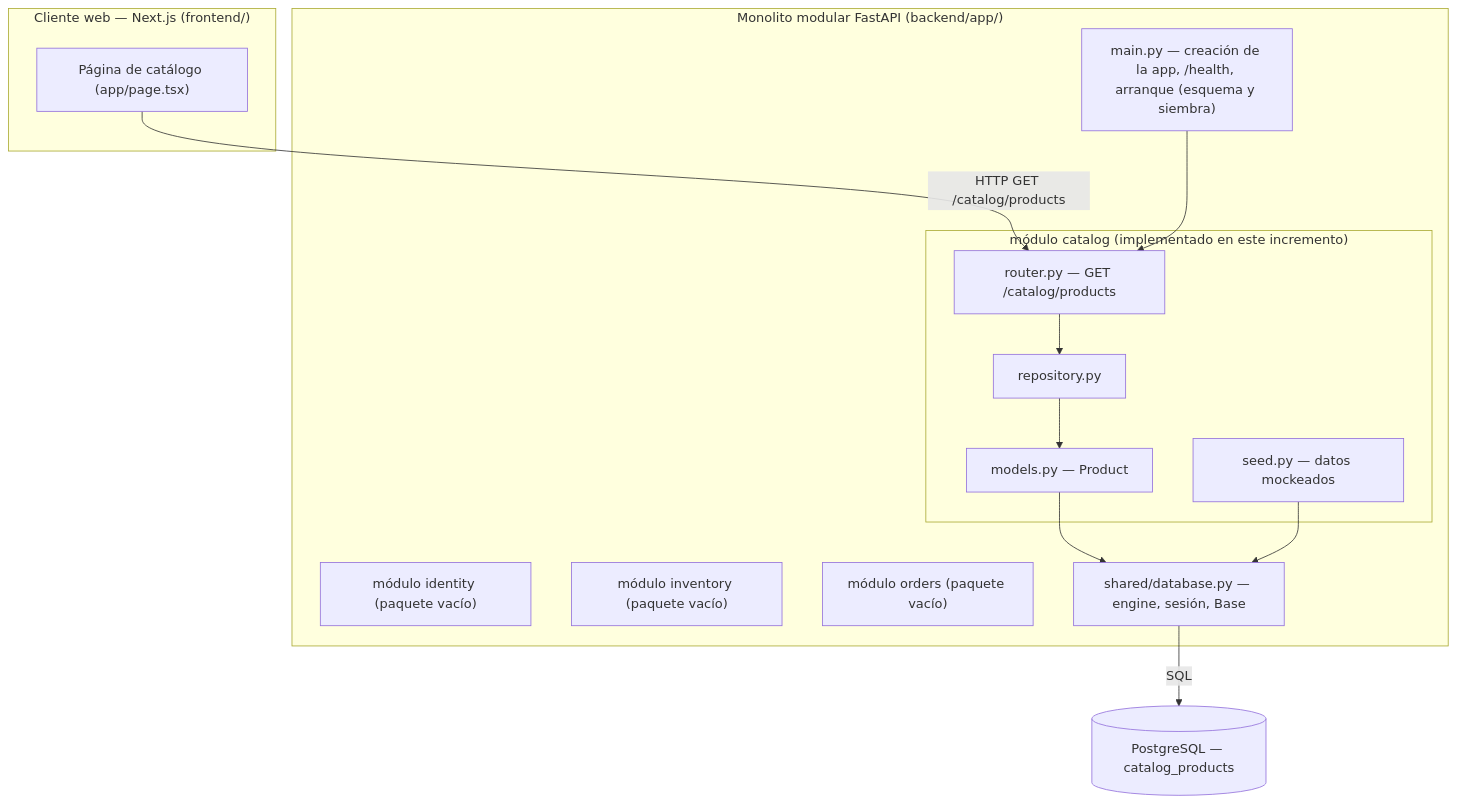
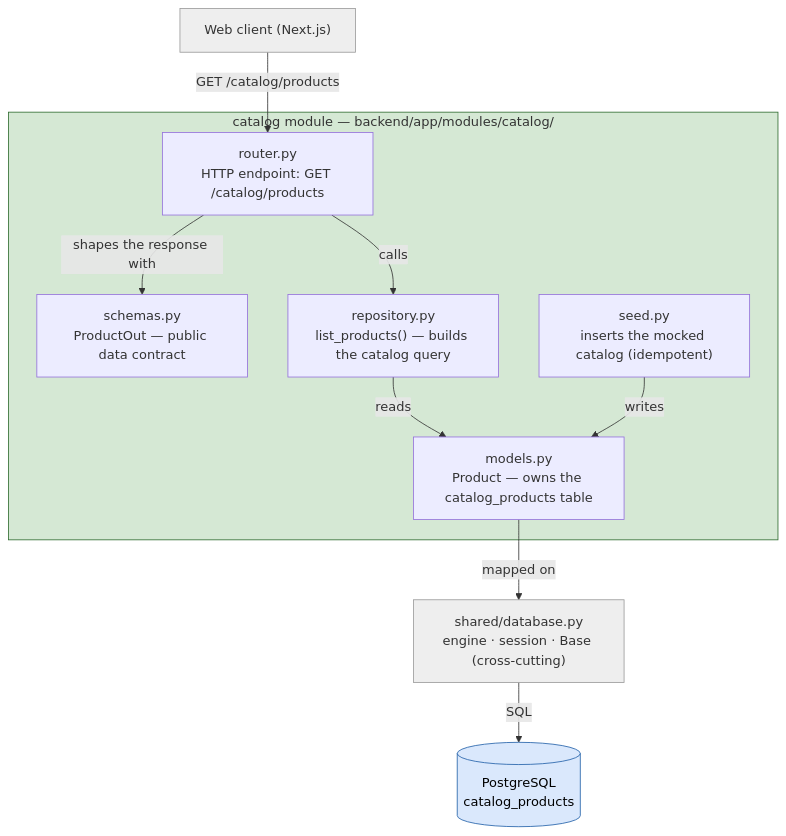
One commit to ISCOUTB/AS_202620_TIENDA-VIRTUAL-UTB changed the third of 6 diagrams in docs/arc42/arc42-template-EN.md. Above: the diagram before and after it, drawn with Mermaid. The commit also changed other lines of this file and 6 other files, not shown here.

````diff
--- a/docs/arc42/arc42-template-EN.md
+++ b/docs/arc42/arc42-template-EN.md
@@ -171,27 +271,26 @@
 ```mermaid
 flowchart TB
-    subgraph ClienteWeb["Cliente web — Next.js (frontend/)"]
-        Pagina["Página de catálogo (app/page.tsx)"]
+    web["Web client (Next.js)"]:::ext
+    db[("PostgreSQL<br/>catalog_products")]:::data
+
+    subgraph catalog["catalog module — backend/app/modules/catalog/"]
+        router["router.py<br/>HTTP endpoint: GET /catalog/products"]
+        schemas["schemas.py<br/>ProductOut — public data contract"]
+        repo["repository.py<br/>list_products() — builds the catalog query"]
+        model["models.py<br/>Product — owns the catalog_products table"]
+        seed["seed.py<br/>inserts the mocked catalog (idempotent)"]
     end
-    subgraph API["Monolito modular FastAPI (backend/app/)"]
-        Main["main.py — creación de la app, /health, arranque (esquema y siembra)"]
-        subgraph Catalogo["módulo catalog (implementado en este incremento)"]
-            CRouter["router.py — GET /catalog/products"]
-            CRepo["repository.py"]
-            CModel["models.py — Product"]
-            CSeed["seed.py — datos mockeados"]
-        end
-        Identidad["módulo identity (paquete vacío)"]
-        Inventario["módulo inventory (paquete vacío)"]
-        Pedidos["módulo orders (paquete vacío)"]
-        Shared["shared/database.py — engine, sesión, Base"]
-    end
-    DB[("PostgreSQL — catalog_products")]
+    shared["shared/database.py<br/>engine · session · Base (cross-cutting)"]:::ext
 
-    Pagina -->|"HTTP GET /catalog/products"| CRouter
-    Main --> CRouter
-    CRouter --> CRepo --> CModel
-    CModel --> Shared
-    CSeed --> Shared
-    Shared -->|SQL| DB
+    web -->|"GET /catalog/products"| router
+    router -->|"shapes the response with"| schemas
+    router -->|"calls"| repo
+    repo -->|"reads"| model
+    seed -->|"writes"| model
+    model -->|"mapped on"| shared
+    shared -->|"SQL"| db
+
+    classDef ext fill:#eeeeee,stroke:#999999,color:#333333
+    classDef data fill:#dae8fc,stroke:#1f5fa8,color:#000000
+    style catalog fill:#d5e8d4,stroke:#2d6a2d
 ```
````
